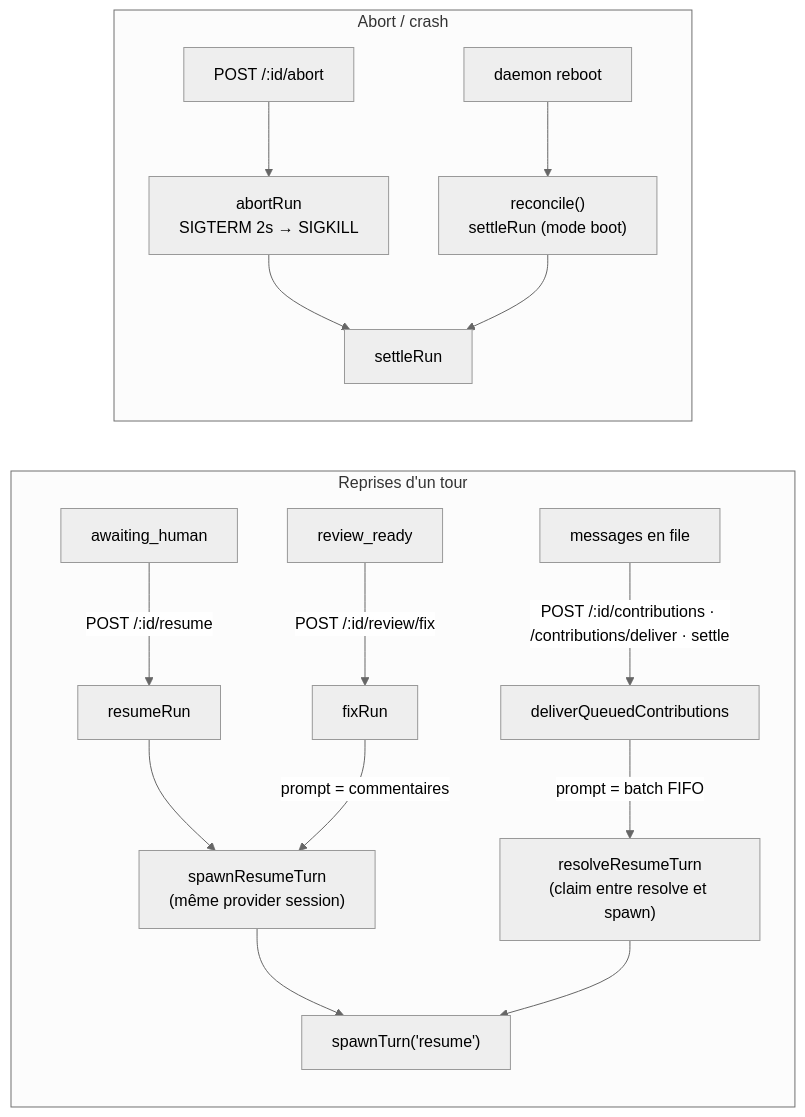
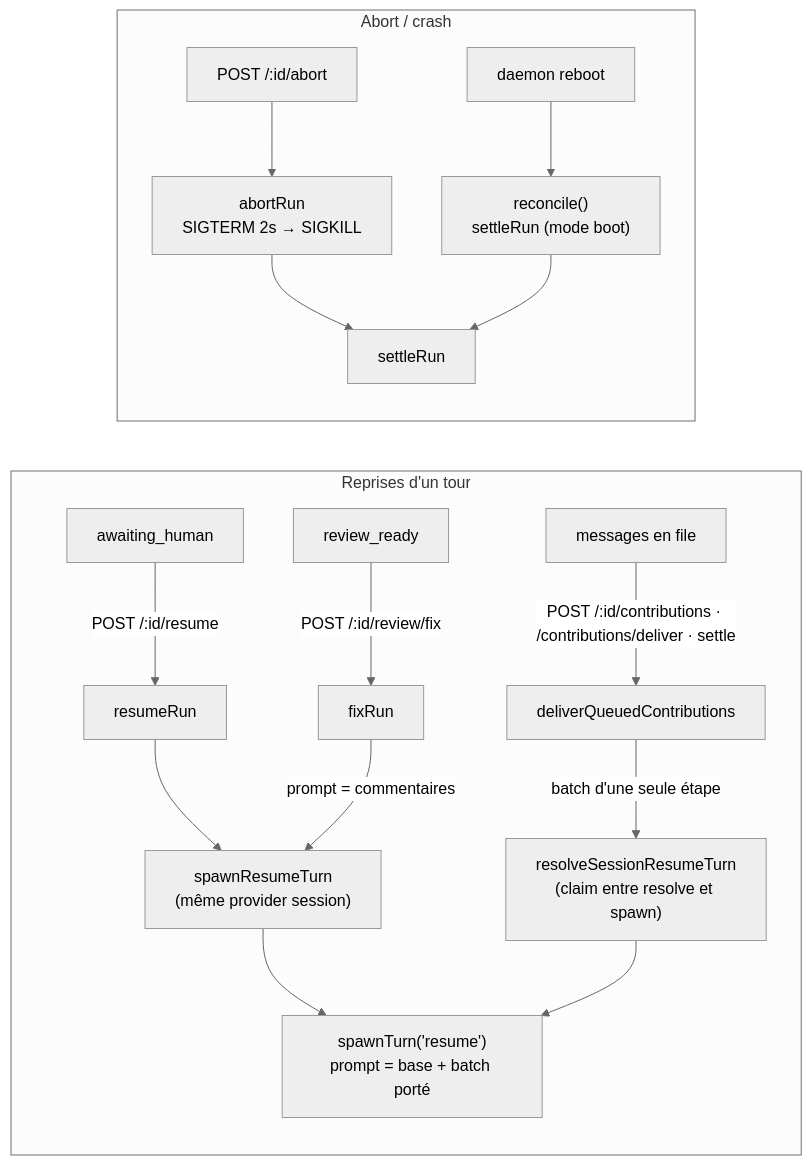
Before and after one commit to alimtunc/otomat: the second of 3 diagrams in docs/ai/run-lifecycle.md, drawn with Mermaid (neutral theme). The commit also changed other lines of this file and 68 other files, not shown here.

````diff
--- a/docs/ai/run-lifecycle.md
+++ b/docs/ai/run-lifecycle.md
@@ -99,21 +99,21 @@
 ```mermaid
 flowchart LR
     subgraph T["Reprises d'un tour"]
       direction TB
       A["awaiting_human"] -->|POST /:id/resume| resumeRun
       B["review_ready"] -->|POST /:id/review/fix| fixRun
       C["messages en file"] -->|POST /:id/contributions · /contributions/deliver · settle| deliver["deliverQueuedContributions"]
       resumeRun --> sft["spawnResumeTurn<br/>(même provider session)"]
       fixRun -->|prompt = commentaires| sft
-      sft --> spawnTurn["spawnTurn('resume')"]
-      deliver -->|prompt = batch FIFO| rrt["resolveResumeTurn<br/>(claim entre resolve et spawn)"]
+      sft --> spawnTurn["spawnTurn('resume')<br/>prompt = base + batch porté"]
+      deliver -->|batch d'une seule étape| rrt["resolveSessionResumeTurn<br/>(claim entre resolve et spawn)"]
       rrt --> spawnTurn
     end
     subgraph AB["Abort / crash"]
       direction TB
       X["POST /:id/abort"] --> abortRun["abortRun<br/>SIGTERM 2s → SIGKILL"]
       Y["daemon reboot"] --> reconcile["reconcile()<br/>settleRun (mode boot)"]
       abortRun --> settle["settleRun"]
       reconcile --> settle
     end
 ```
````
